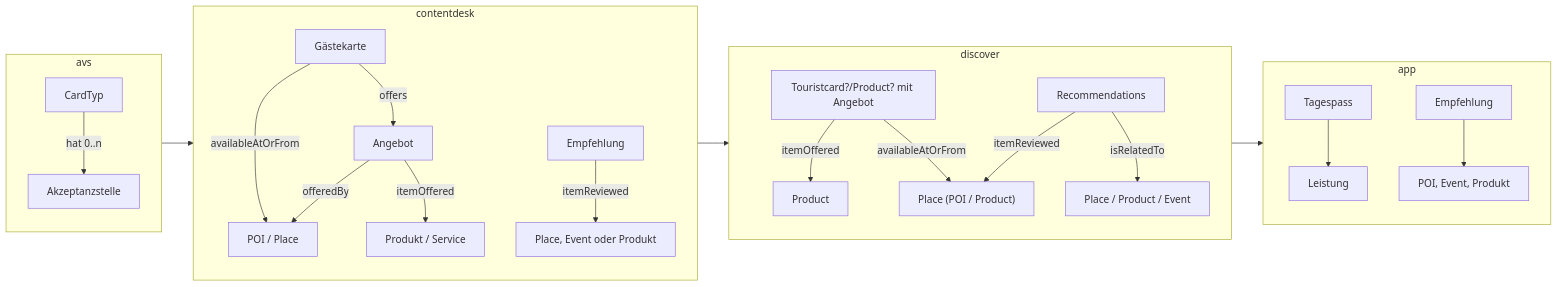
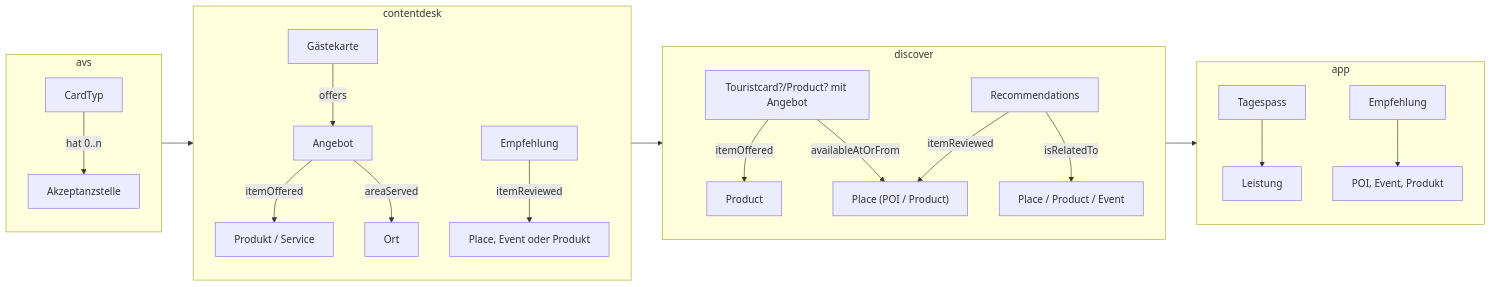
The second of 7 diagrams in docs/projects/glarnerlandApp.md (tsolenthaler/docs.contentdesk.io), drawn with Mermaid before and after one commit.

Commit message:
Refactor schema links and update documentation in gaestekarte.md

````diff
--- a/docs/projects/glarnerlandApp.md
+++ b/docs/projects/glarnerlandApp.md
@@ -48,32 +48,31 @@
 ``` mermaid
 graph LR
     subgraph avs
         direction TB
         CardTyp --> | hat 0..n| Akzeptanzstelle
     end
     subgraph contentdesk
         direction TB
         Gaestekarte["Gästekarte"] --> |offers| Angebot
-        Gaestekarte --> |availableAtOrFrom| Ort["POI / Place"]
         Angebot --> |itemOffered| Angebot2["Produkt / Service"]
         Empfehlung --> |itemReviewed| item["Place, Event oder Produkt"]
-        Angebot --> |offeredBy| Ort
+        Angebot --> |areaServed| Ort
     end
     subgraph discover
         direction TB
         Touristcard["Touristcard?/Product? mit Angebot"] -->|itemOffered| Product
         Touristcard -->|availableAtOrFrom|Place
         Recommendations -->|itemReviewed|Place["Place (POI / Product)"]
         Recommendations -->|isRelatedTo|Place2["Place / Product / Event"]
     end
     subgraph app
         direction TB
         Tagespass --> Leistung
         EmpfehlungApp["Empfehlung"]
         EmpfehlungApp --> ItemApp["POI, Event, Produkt"]
     end
 
     avs --> contentdesk
     contentdesk --> discover
     discover --> app
 ```
````
